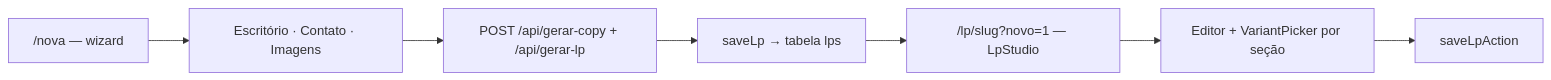
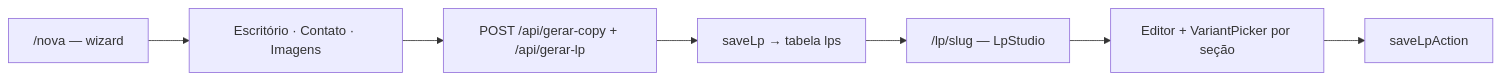
Before and after one commit to aceleracaojuridica/gerador-lp.causi.adv.br: the third of 3 diagrams in docs/architecture.md, drawn with Mermaid. The commit also changed 10 other files, not shown here.

````diff
--- a/docs/architecture.md
+++ b/docs/architecture.md
@@ -138,9 +138,9 @@
 ```mermaid
 flowchart LR
   A["/nova — wizard"] --> B["Escritório · Contato · Imagens"]
   B --> C["POST /api/gerar-copy + /api/gerar-lp"]
   C --> D["saveLp → tabela lps"]
-  D --> E["/lp/slug?novo=1 — LpStudio"]
+  D --> E["/lp/slug — LpStudio"]
   E --> F["Editor + VariantPicker por seção"]
   F --> G["saveLpAction"]
 ```
````
